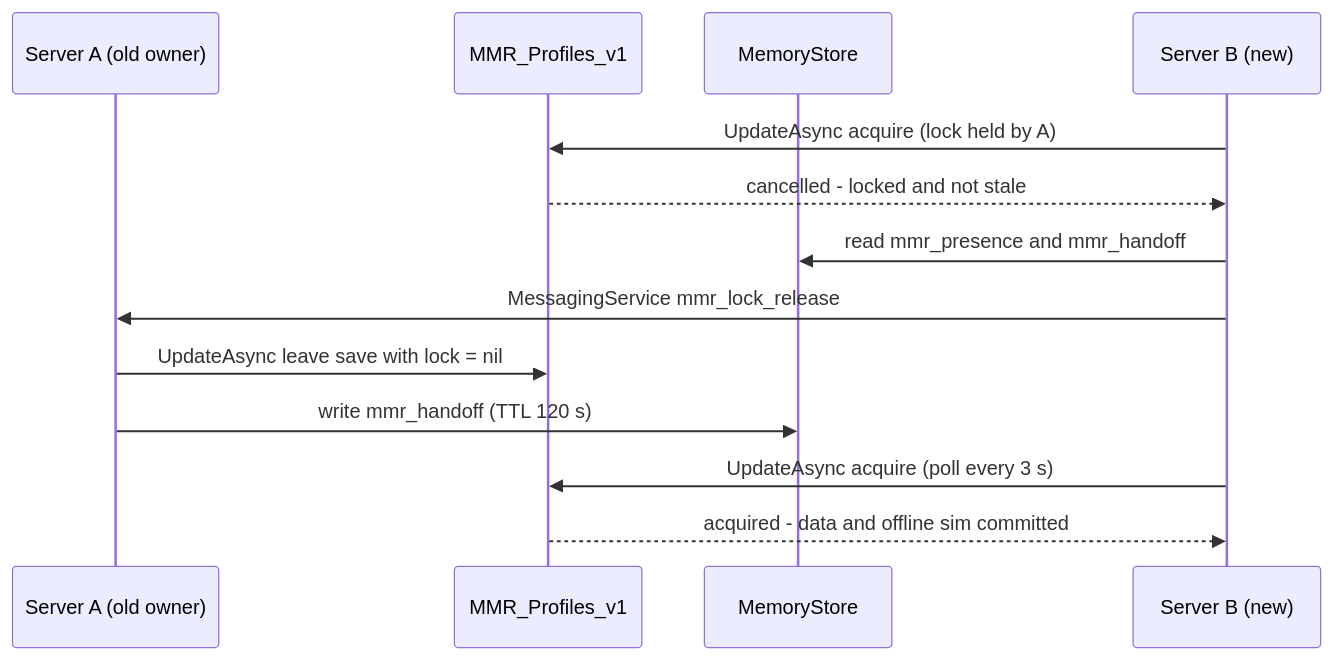
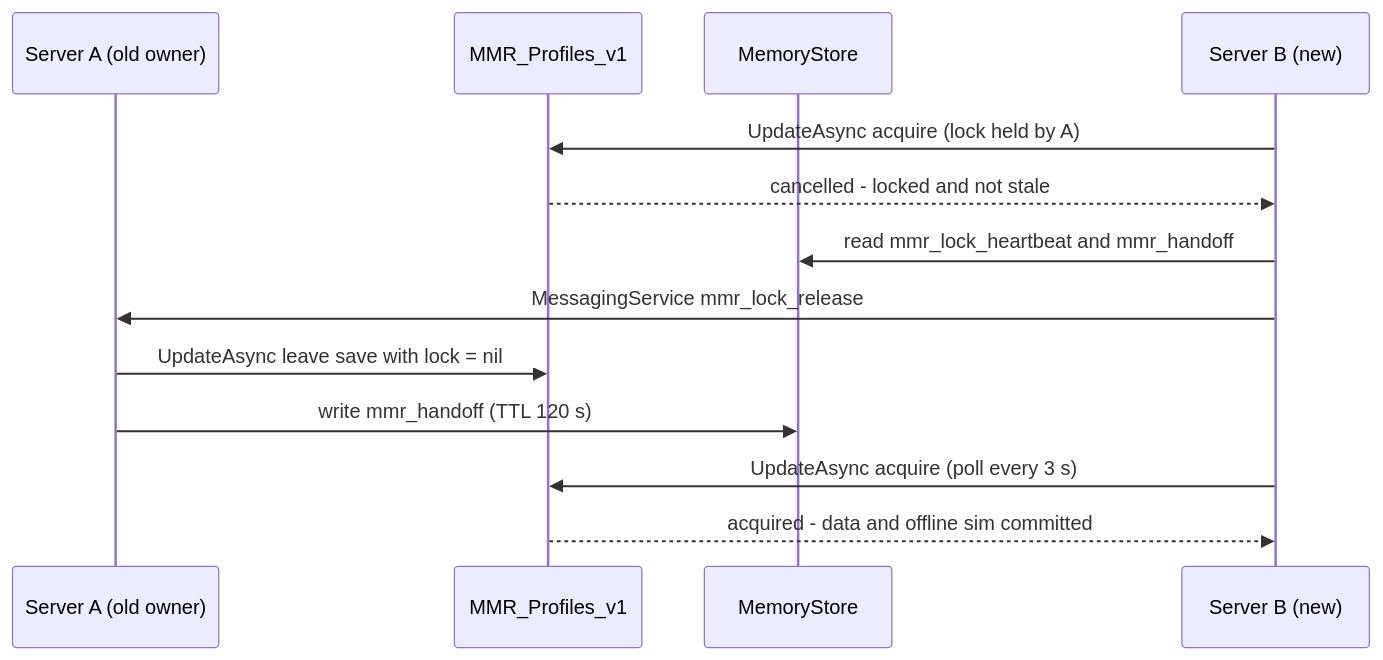
Before and after one commit to sol-singula/ra1: the first of 2 diagrams in gdd/sections/28_data_persistence.md, drawn with Mermaid. The commit also changed other lines of this file and 18 other files, not shown here.

````diff
--- a/gdd/sections/28_data_persistence.md
+++ b/gdd/sections/28_data_persistence.md
@@ -940,16 +953,16 @@
 ```mermaid
 %% diagram: session-lock-handoff
 sequenceDiagram
     participant A as Server A (old owner)
     participant DS as MMR_Profiles_v1
     participant MS as MemoryStore
     participant B as Server B (new)
     B->>DS: UpdateAsync acquire (lock held by A)
     DS-->>B: cancelled - locked and not stale
-    B->>MS: read mmr_presence and mmr_handoff
+    B->>MS: read mmr_lock_heartbeat and mmr_handoff
     B->>A: MessagingService mmr_lock_release
     A->>DS: UpdateAsync leave save with lock = nil
     A->>MS: write mmr_handoff (TTL 120 s)
     B->>DS: UpdateAsync acquire (poll every 3 s)
     DS-->>B: acquired - data and offline sim committed
 ```
````
